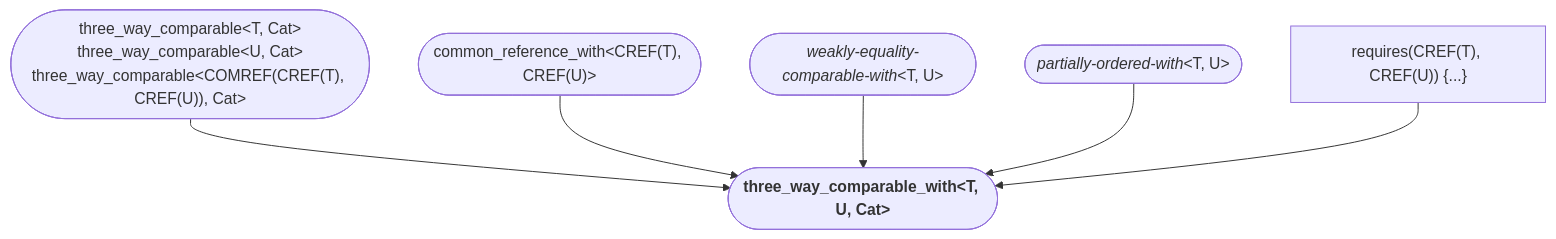
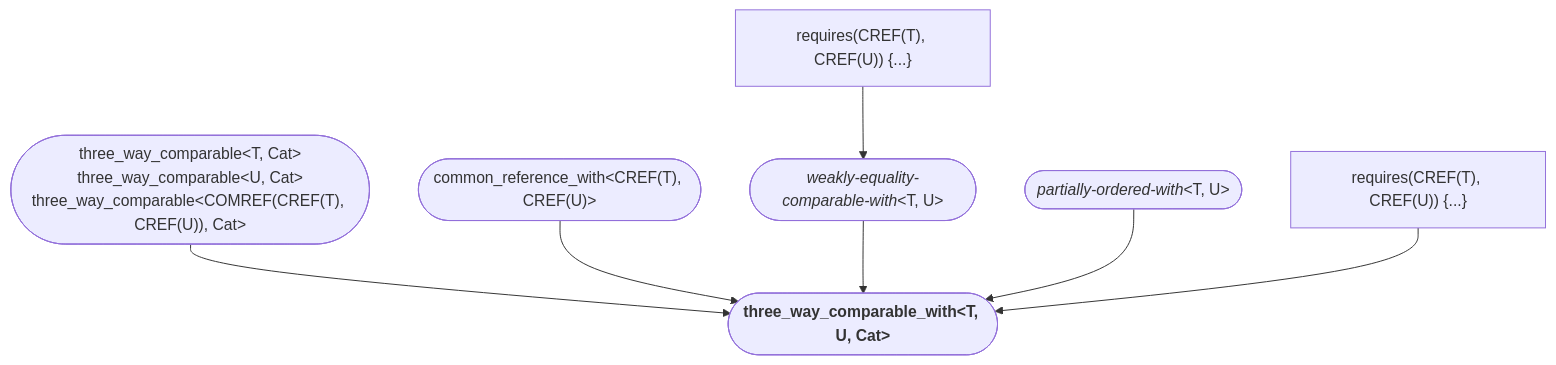
One commit to yohhoy/cpp-concepts changed diagram 27 of 27 in README.md. Above: the diagram before and after it, drawn with Mermaid. The commit also changed other lines of this file, not shown here.

Commit message:
expand weakly-equality-comparable-with

````diff
--- a/README.md
+++ b/README.md
@@ -320,9 +320,11 @@
 ```mermaid
 graph TD
+    %% std::weakly-equality-comparable-with<T, U>
+    AC1["requires(CREF(T), CREF(U)) {...}"] --> weakly-equality-comparable-with(["<i>weakly-equality-comparable-with</i>&lt;T, U&gt;"]);
     %% std::three_way_comparable_with<T, U, Cat>
     three_way_comparable(["three_way_comparable&lt;T, Cat&gt;<br>three_way_comparable&lt;U, Cat&gt;<br>three_way_comparable&lt;COMREF(CREF(T), CREF(U)), Cat&gt;"]) --> three_way_comparable_with(["<b>three_way_comparable_with&lt;T, U, Cat&gt;</b>"])
     common_reference_with(["common_reference_with&lt;CREF(T), CREF(U)&gt;"]) --> three_way_comparable_with
-    weakly-equality-comparable-with(["<i>weakly-equality-comparable-with</i>&lt;T, U&gt;"]) --> three_way_comparable_with
+    weakly-equality-comparable-with --> three_way_comparable_with
     partially-ordered-with(["<i>partially-ordered-with</i>&lt;T, U&gt;"]) --> three_way_comparable_with
-    AC["requires(CREF(T), CREF(U)) {...}"] --> three_way_comparable_with
+    AC2["requires(CREF(T), CREF(U)) {...}"] --> three_way_comparable_with
 ```
````
